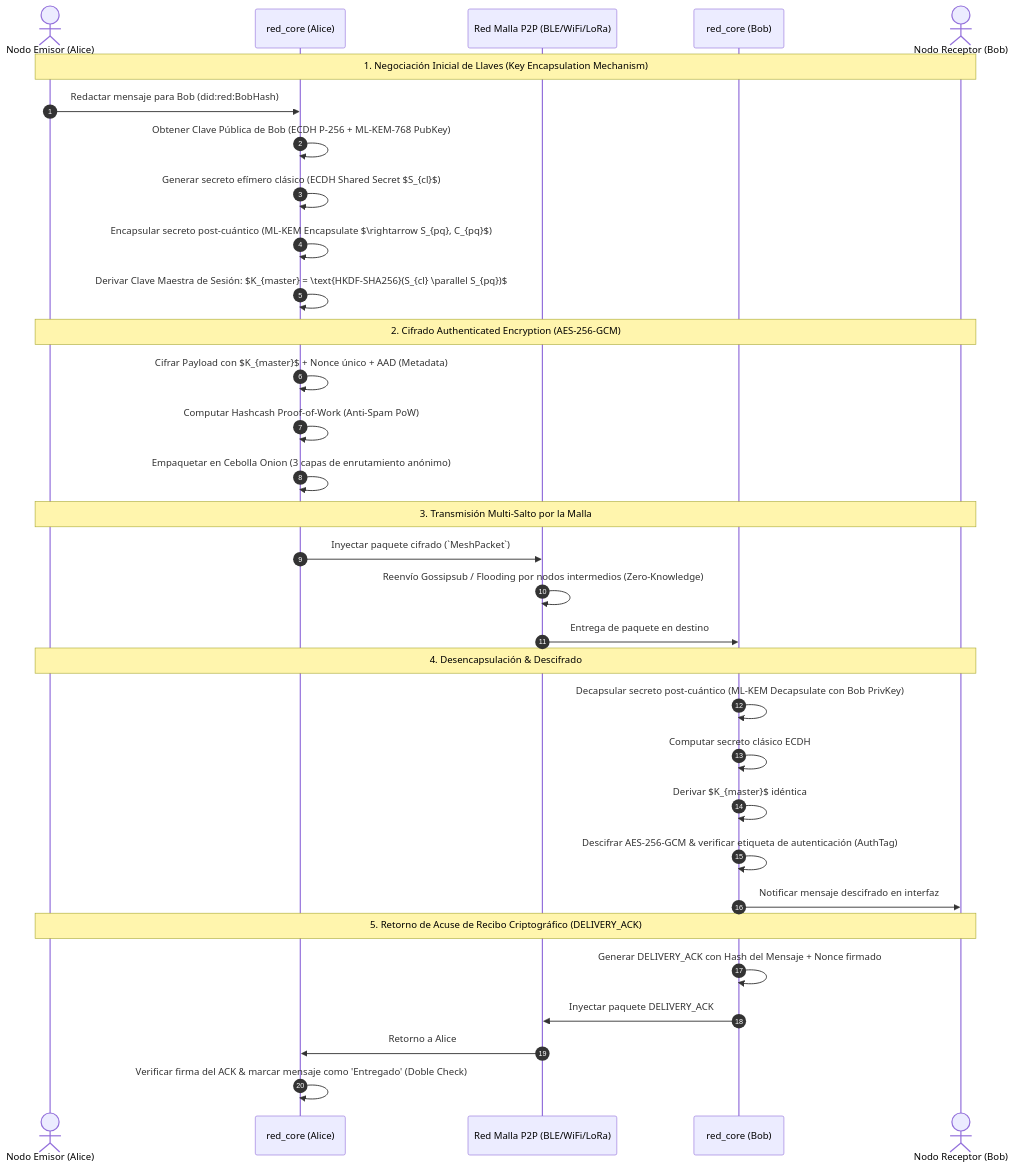
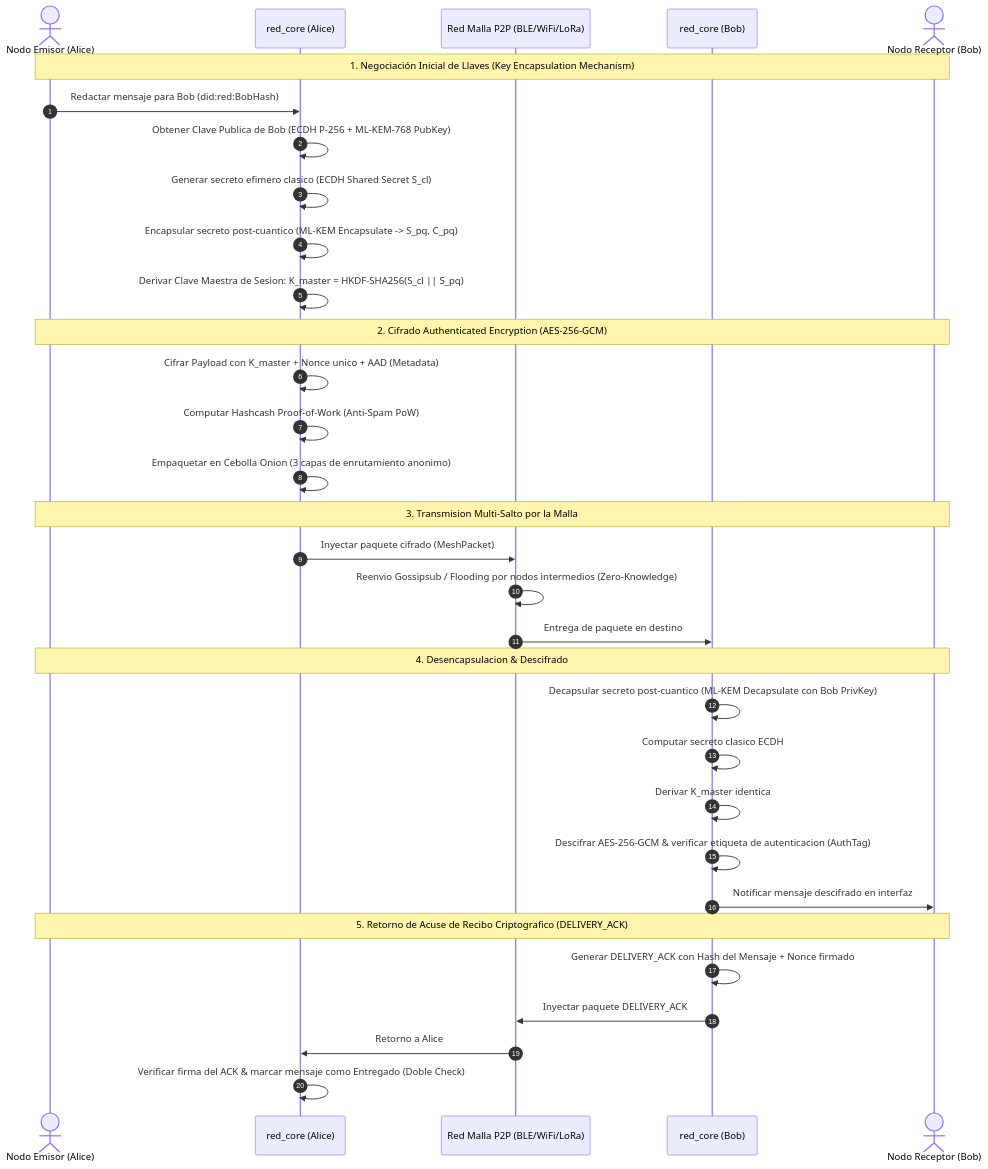
The second of 5 diagrams in ARCHITECTURE.md (DarckRovert/RED), drawn with Mermaid before and after one commit. The commit also changed other lines of this file and 18 other files, not shown here.

Commit message:
docs: fix Mermaid diagram parse errors and synchronize v64.0.0 documentation

````diff
--- a/ARCHITECTURE.md
+++ b/ARCHITECTURE.md
@@ -103,39 +103,39 @@
 ```mermaid
 sequenceDiagram
     autonumber
     actor Alice as Nodo Emisor (Alice)
     participant CoreA as red_core (Alice)
     participant Mesh as Red Malla P2P (BLE/WiFi/LoRa)
     participant CoreB as red_core (Bob)
     actor Bob as Nodo Receptor (Bob)
 
     Note over Alice,Bob: 1. Negociación Inicial de Llaves (Key Encapsulation Mechanism)
     Alice->>CoreA: Redactar mensaje para Bob (did:red:BobHash)
-    CoreA->>CoreA: Obtener Clave Pública de Bob (ECDH P-256 + ML-KEM-768 PubKey)
-    CoreA->>CoreA: Generar secreto efímero clásico (ECDH Shared Secret $S_{cl}$)
-    CoreA->>CoreA: Encapsular secreto post-cuántico (ML-KEM Encapsulate $\rightarrow S_{pq}, C_{pq}$)
-    CoreA->>CoreA: Derivar Clave Maestra de Sesión: $K_{master} = \text{HKDF-SHA256}(S_{cl} \parallel S_{pq})$
+    CoreA->>CoreA: Obtener Clave Publica de Bob (ECDH P-256 + ML-KEM-768 PubKey)
+    CoreA->>CoreA: Generar secreto efimero clasico (ECDH Shared Secret S_cl)
+    CoreA->>CoreA: Encapsular secreto post-cuantico (ML-KEM Encapsulate -> S_pq, C_pq)
+    CoreA->>CoreA: Derivar Clave Maestra de Sesion: K_master = HKDF-SHA256(S_cl || S_pq)
 
     Note over Alice,Bob: 2. Cifrado Authenticated Encryption (AES-256-GCM)
-    CoreA->>CoreA: Cifrar Payload con $K_{master}$ + Nonce único + AAD (Metadata)
+    CoreA->>CoreA: Cifrar Payload con K_master + Nonce unico + AAD (Metadata)
     CoreA->>CoreA: Computar Hashcash Proof-of-Work (Anti-Spam PoW)
-    CoreA->>CoreA: Empaquetar en Cebolla Onion (3 capas de enrutamiento anónimo)
+    CoreA->>CoreA: Empaquetar en Cebolla Onion (3 capas de enrutamiento anonimo)
 
-    Note over Alice,Bob: 3. Transmisión Multi-Salto por la Malla
-    CoreA->>Mesh: Inyectar paquete cifrado (`MeshPacket`)
-    Mesh->>Mesh: Reenvío Gossipsub / Flooding por nodos intermedios (Zero-Knowledge)
+    Note over Alice,Bob: 3. Transmision Multi-Salto por la Malla
+    CoreA->>Mesh: Inyectar paquete cifrado (MeshPacket)
+    Mesh->>Mesh: Reenvio Gossipsub / Flooding por nodos intermedios (Zero-Knowledge)
     Mesh->>CoreB: Entrega de paquete en destino
 
-    Note over Alice,Bob: 4. Desencapsulación & Descifrado
-    CoreB->>CoreB: Decapsular secreto post-cuántico (ML-KEM Decapsulate con Bob PrivKey)
-    CoreB->>CoreB: Computar secreto clásico ECDH
-    CoreB->>CoreB: Derivar $K_{master}$ idéntica
-    CoreB->>CoreB: Descifrar AES-256-GCM & verificar etiqueta de autenticación (AuthTag)
+    Note over Alice,Bob: 4. Desencapsulacion & Descifrado
+    CoreB->>CoreB: Decapsular secreto post-cuantico (ML-KEM Decapsulate con Bob PrivKey)
+    CoreB->>CoreB: Computar secreto clasico ECDH
+    CoreB->>CoreB: Derivar K_master identica
+    CoreB->>CoreB: Descifrar AES-256-GCM & verificar etiqueta de autenticacion (AuthTag)
     CoreB->>Bob: Notificar mensaje descifrado en interfaz
 
-    Note over Alice,Bob: 5. Retorno de Acuse de Recibo Criptográfico (DELIVERY_ACK)
+    Note over Alice,Bob: 5. Retorno de Acuse de Recibo Criptografico (DELIVERY_ACK)
     CoreB->>CoreB: Generar DELIVERY_ACK con Hash del Mensaje + Nonce firmado
     CoreB->>Mesh: Inyectar paquete DELIVERY_ACK
     Mesh->>CoreA: Retorno a Alice
-    CoreA->>CoreA: Verificar firma del ACK & marcar mensaje como 'Entregado' (Doble Check)
+    CoreA->>CoreA: Verificar firma del ACK & marcar mensaje como Entregado (Doble Check)
 ```
````
